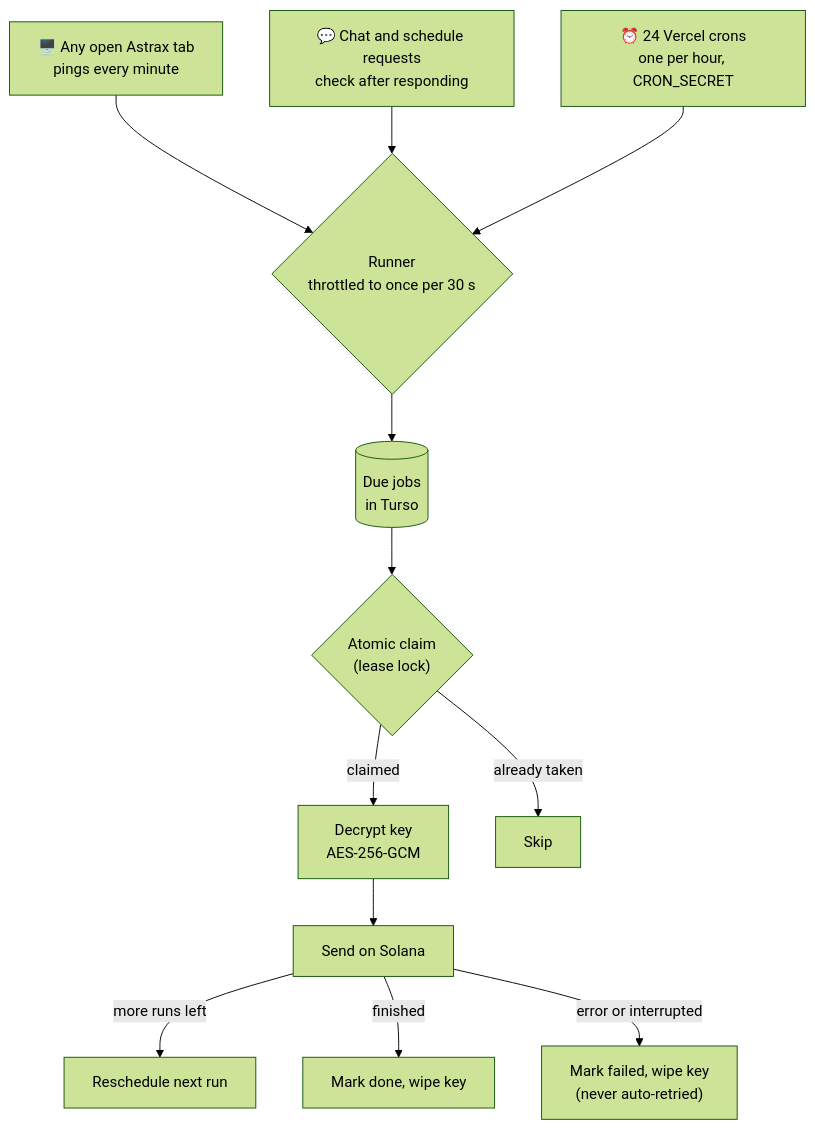
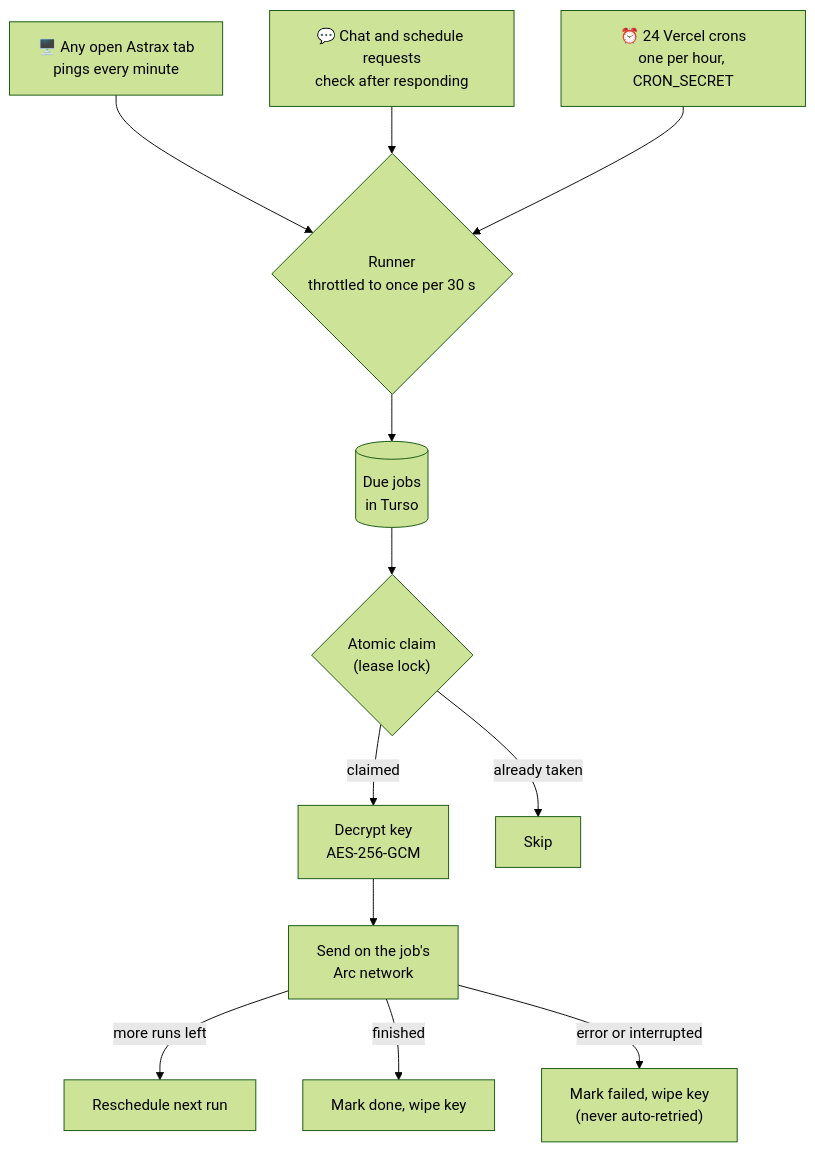
Before and after one commit to Spydiecy/Astrax_Arc: the third of 4 diagrams in README.md, drawn with Mermaid (forest theme). The commit also changed other lines of this file and 52 other files, not shown here.

````diff
--- a/README.md
+++ b/README.md
@@ -164,14 +190,14 @@
 ```mermaid
 flowchart TD
     T1["🖥️ Any open Astrax tab<br/>pings every minute"] --> R
     T2["💬 Chat and schedule requests<br/>check after responding"] --> R
     T3["⏰ 24 Vercel crons<br/>one per hour, CRON_SECRET"] --> R
     R{"Runner<br/>throttled to once per 30 s"} --> Q[("Due jobs<br/>in Turso")]
     Q --> L{"Atomic claim<br/>(lease lock)"}
     L -- "claimed" --> D["Decrypt key<br/>AES-256-GCM"]
     L -- "already taken" --> X["Skip"]
-    D --> S["Send on Solana"]
+    D --> S["Send on the job's<br/>Arc network"]
     S -- "more runs left" --> N["Reschedule next run"]
     S -- "finished" --> Z["Mark done, wipe key"]
     S -- "error or interrupted" --> F["Mark failed, wipe key<br/>(never auto-retried)"]
 ```
````
